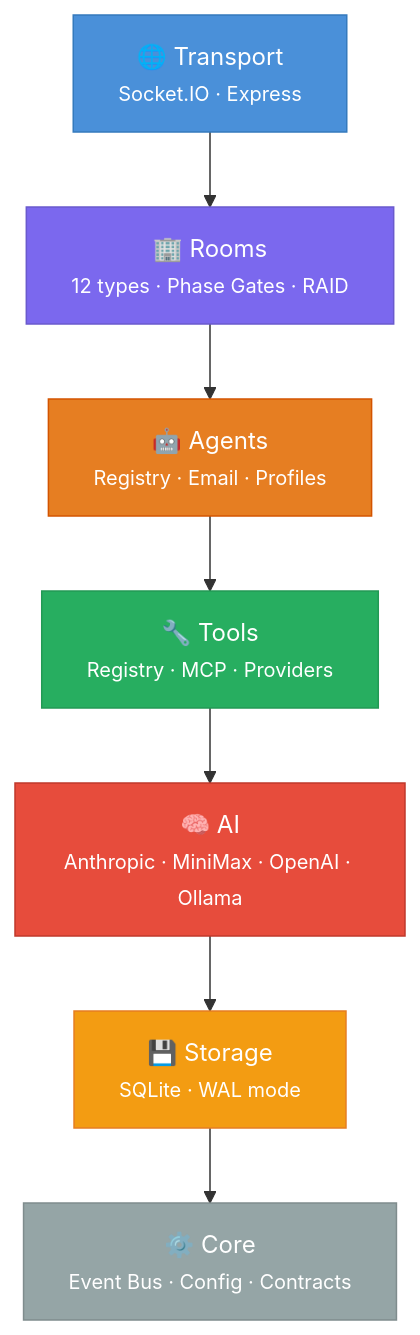
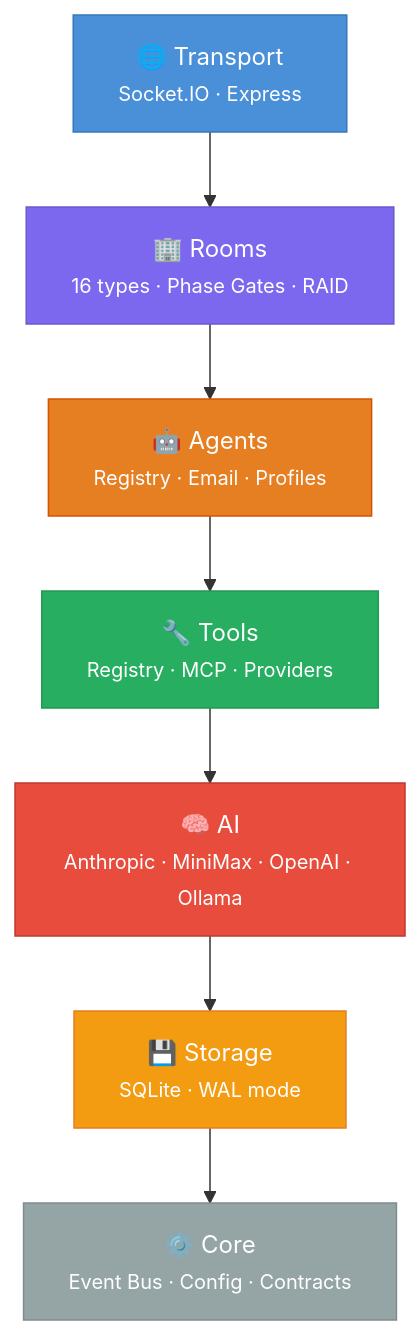
One commit to twitchyvr/Overlord-v2 changed the first of 2 diagrams in README.md. Above: the diagram before and after it, drawn with Mermaid. The commit also changed other lines of this file and 1 other file, not shown here.

````diff
--- a/README.md
+++ b/README.md
@@ -78,20 +78,20 @@
 ```mermaid
 graph TD
     T["🌐 Transport<br/><small>Socket.IO · Express</small>"]
-    R["🏢 Rooms<br/><small>12 types · Phase Gates · RAID</small>"]
+    R["🏢 Rooms<br/><small>16 types · Phase Gates · RAID</small>"]
     A["🤖 Agents<br/><small>Registry · Email · Profiles</small>"]
     TL["🔧 Tools<br/><small>Registry · MCP · Providers</small>"]
     AI["🧠 AI<br/><small>Anthropic · MiniMax · OpenAI · Ollama</small>"]
     S["💾 Storage<br/><small>SQLite · WAL mode</small>"]
     C["⚙️ Core<br/><small>Event Bus · Config · Contracts</small>"]
 
     T --> R --> A --> TL --> AI --> S --> C
 
     style T fill:#4A90D9,color:#fff,stroke:#357ABD
     style R fill:#7B68EE,color:#fff,stroke:#6A5ACD
     style A fill:#E67E22,color:#fff,stroke:#D35400
     style TL fill:#27AE60,color:#fff,stroke:#229954
     style AI fill:#E74C3C,color:#fff,stroke:#C0392B
     style S fill:#F39C12,color:#fff,stroke:#E67E22
     style C fill:#95A5A6,color:#fff,stroke:#7F8C8D
 ```
````
